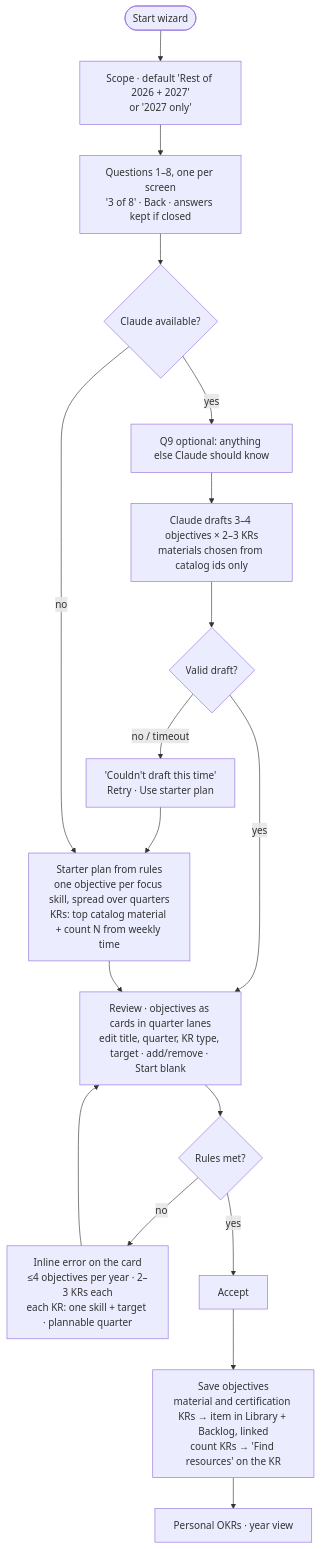
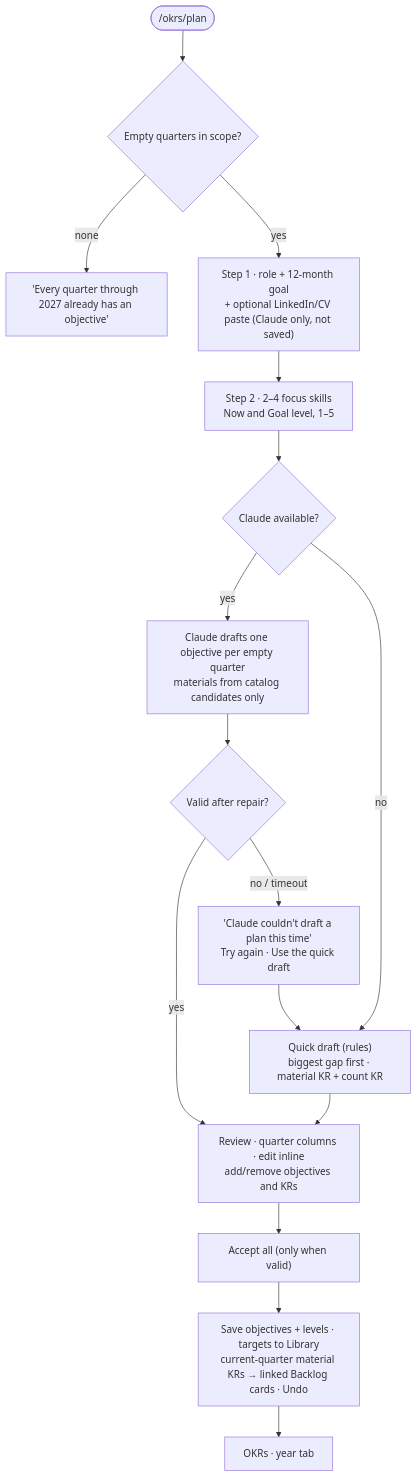
One commit to amojahedi/growloop changed the fourth of 9 diagrams in docs/design/ux-flows.md. Above: the diagram before and after it, drawn with Mermaid. The commit also changed other lines of this file and 20 other files, not shown here.

````diff
--- a/docs/design/ux-flows.md
+++ b/docs/design/ux-flows.md
@@ -148,19 +138,18 @@
 ```mermaid
 flowchart TD
-  e(["Start wizard"]) --> scope["Scope · default 'Rest of 2026 + 2027'<br/>or '2027 only'"]
-  scope --> qs["Questions 1–8, one per screen<br/>'3 of 8' · Back · answers kept if closed"]
-  qs --> eng{"Claude available?"}
-  eng -->|"yes"| q9["Q9 optional: anything else Claude should know"]
-  q9 --> draft["Claude drafts 3–4 objectives × 2–3 KRs<br/>materials chosen from catalog ids only"]
-  draft --> ok{"Valid draft?"}
-  ok -->|"no / timeout"| retry["'Couldn't draft this time'<br/>Retry · Use starter plan"]
+  e(["/okrs/plan"]) --> scope{"Empty quarters in scope?"}
+  scope -->|"none"| full["'Every quarter through 2027 already has an objective'"]
+  scope -->|"yes"| q1["Step 1 · role + 12-month goal<br/>+ optional LinkedIn/CV paste (Claude only, not saved)"]
+  q1 --> q2["Step 2 · 2–4 focus skills<br/>Now and Goal level, 1–5"]
+  q2 --> eng{"Claude available?"}
+  eng -->|"yes"| draft["Claude drafts one objective per empty quarter<br/>materials from catalog candidates only"]
+  draft --> ok{"Valid after repair?"}
+  ok -->|"no / timeout"| retry["'Claude couldn't draft a plan this time'<br/>Try again · Use the quick draft"]
   retry --> rules
-  eng -->|"no"| rules["Starter plan from rules<br/>one objective per focus skill, spread over quarters<br/>KRs: top catalog material + count N from weekly time"]
+  eng -->|"no"| rules["Quick draft (rules)<br/>biggest gap first · material KR + count KR"]
   ok -->|"yes"| rev
-  rules --> rev["Review · objectives as cards in quarter lanes<br/>edit title, quarter, KR type, target · add/remove · Start blank"]
-  rev --> chk{"Rules met?"}
-  chk -->|"no"| fix["Inline error on the card<br/>≤4 objectives per year · 2–3 KRs each<br/>each KR: one skill + target · plannable quarter"] --> rev
-  chk -->|"yes"| accept["Accept"]
-  accept --> out["Save objectives<br/>material and certification KRs → item in Library + Backlog, linked<br/>count KRs → 'Find resources' on the KR"]
-  out --> page["Personal OKRs · year view"]
+  rules --> rev["Review · quarter columns · edit inline<br/>add/remove objectives and KRs"]
+  rev --> accept["Accept all (only when valid)"]
+  accept --> out["Save objectives + levels · targets to Library<br/>current-quarter material KRs → linked Backlog cards · Undo"]
+  out --> page["OKRs · year tab"]
 ```
````
